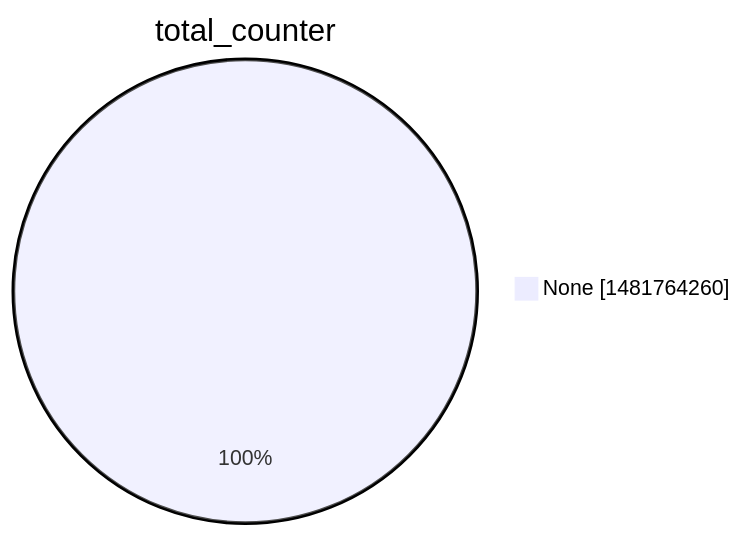
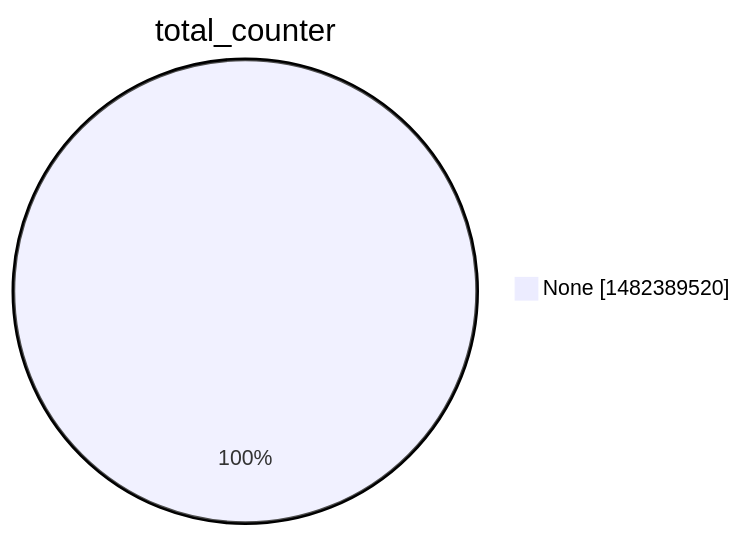
The second of 15 diagrams in argon2022/README.md (christiankrug/ctmonitor_visualization), drawn with Mermaid before and after one commit. The commit also changed other lines of this file, not shown here.

````diff
--- a/argon2022/README.md
+++ b/argon2022/README.md
@@ -9,5 +9,5 @@
 ```mermaid
 pie showData
 title total_counter
-"None" :1481764260
+"None" :1482389520
 ```
````
